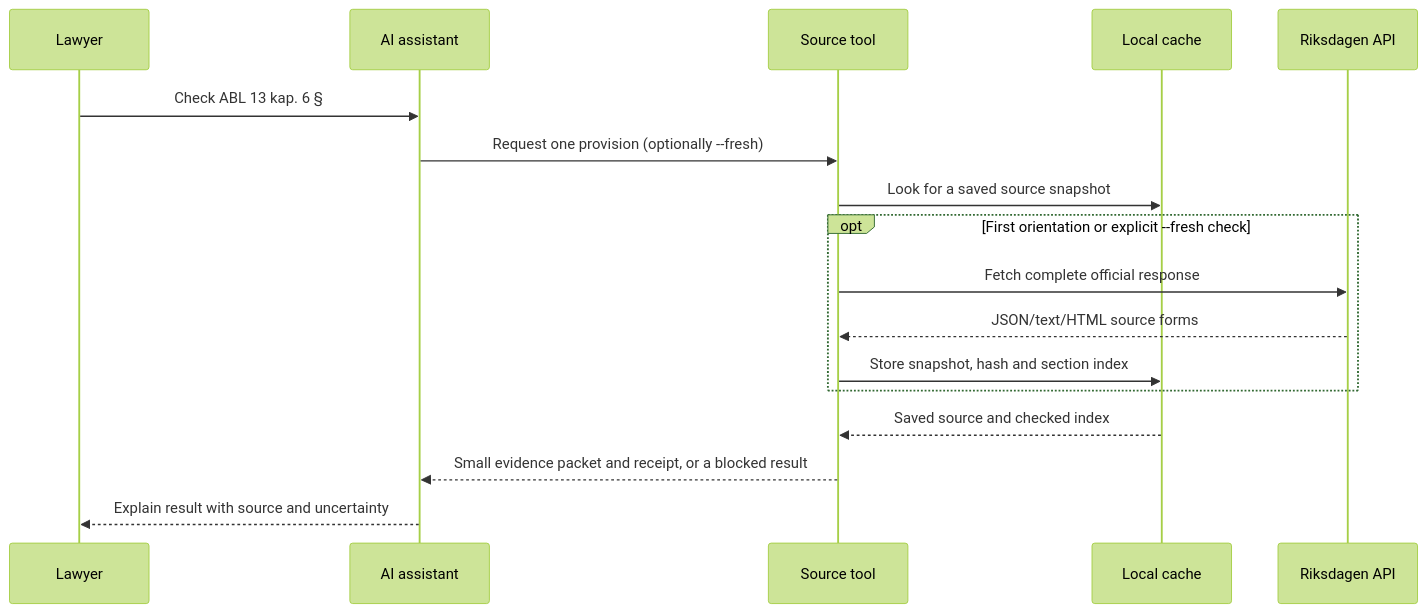
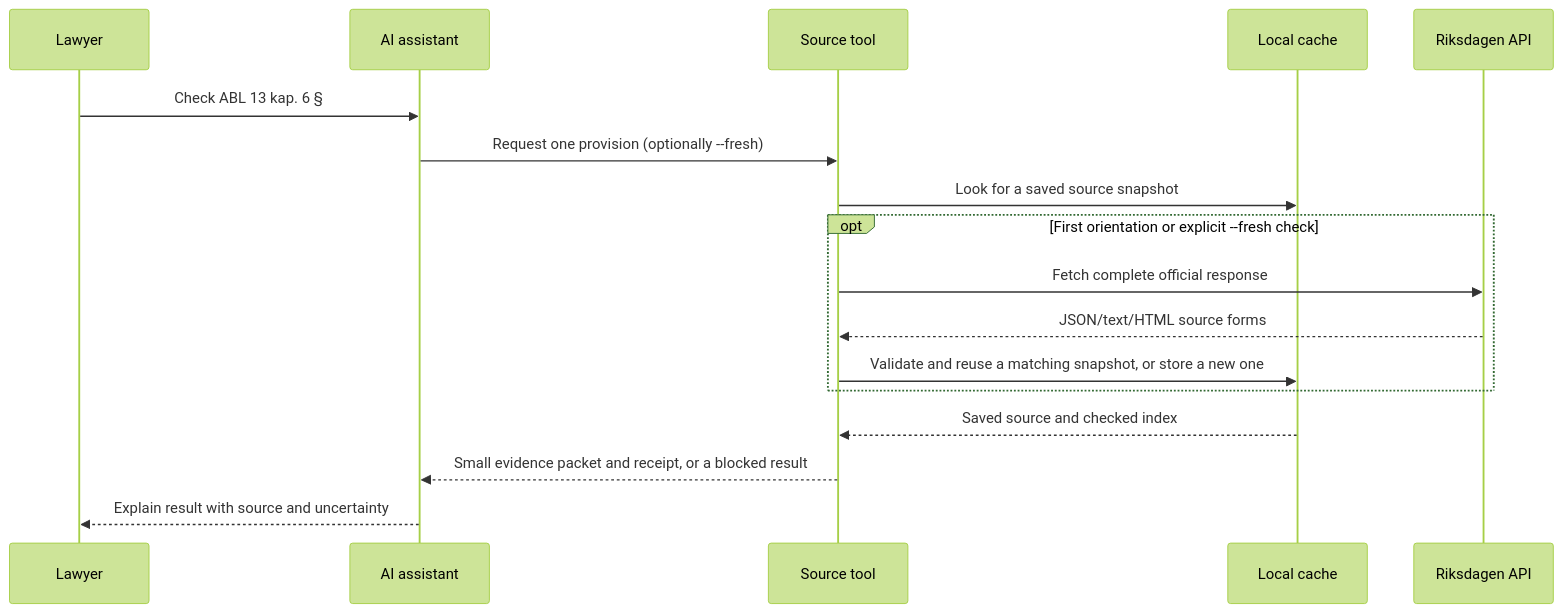
Before and after one commit to robertkuter/legal-source-connector: the diagram in docs/DISTRIBUTION.md, drawn with Mermaid (forest theme). The commit also changed 1 other file, not shown here.

Commit message:
Clarify fresh snapshot reuse in technical docs

````diff
--- a/docs/DISTRIBUTION.md
+++ b/docs/DISTRIBUTION.md
@@ -8,20 +8,20 @@
 ```mermaid
 sequenceDiagram
   participant L as Lawyer
   participant A as AI assistant
   participant T as Source tool
   participant C as Local cache
   participant R as Riksdagen API
 
   L->>A: Check ABL 13 kap. 6 §
   A->>T: Request one provision (optionally --fresh)
   T->>C: Look for a saved source snapshot
   opt First orientation or explicit --fresh check
     T->>R: Fetch complete official response
     R-->>T: JSON/text/HTML source forms
-    T->>C: Store snapshot, hash and section index
+    T->>C: Validate and reuse a matching snapshot, or store a new one
   end
   C-->>T: Saved source and checked index
   T-->>A: Small evidence packet and receipt, or a blocked result
   A-->>L: Explain result with source and uncertainty
 ```
````
